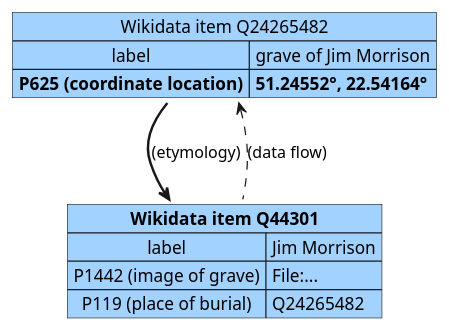
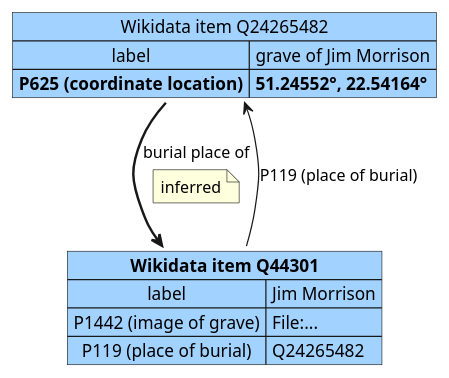
One commit to Danysan1/osm-wikidata-map-framework changed the diagram in images/data/wd_reverse.plantuml. Above: the diagram before and after it, drawn with PlantUML. The commit also changed 13 other files, not shown here.

```diff
--- a/images/data/wd_reverse.plantuml
+++ b/images/data/wd_reverse.plantuml
@@ -1,17 +1,18 @@
 @startuml wd_reverse
 
 map "**Wikidata item Q44301**" as wikia #a2d2ff {
   label => Jim Morrison
   P1442 (image of grave) => File:...
   P119 (place of burial) => Q24265482
 }
 
 map "Wikidata item Q24265482" as wikie #a2d2ff {
   label => grave of Jim Morrison
   **P625 (coordinate location)** => **51.24552°, 22.54164°**
 }
 
-wikie -[bold]-> wikia : (etymology)
-wikie <.. wikia : (data flow)
+wikie -[bold]-> wikia : burial place of
+note on link: inferred
+wikie <-- wikia : P119 (place of burial)
 
 @enduml
```
